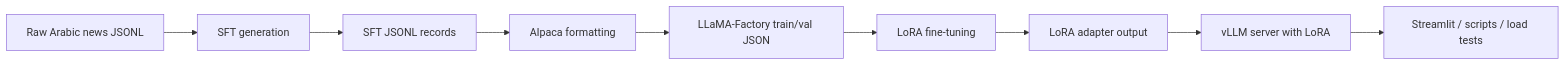
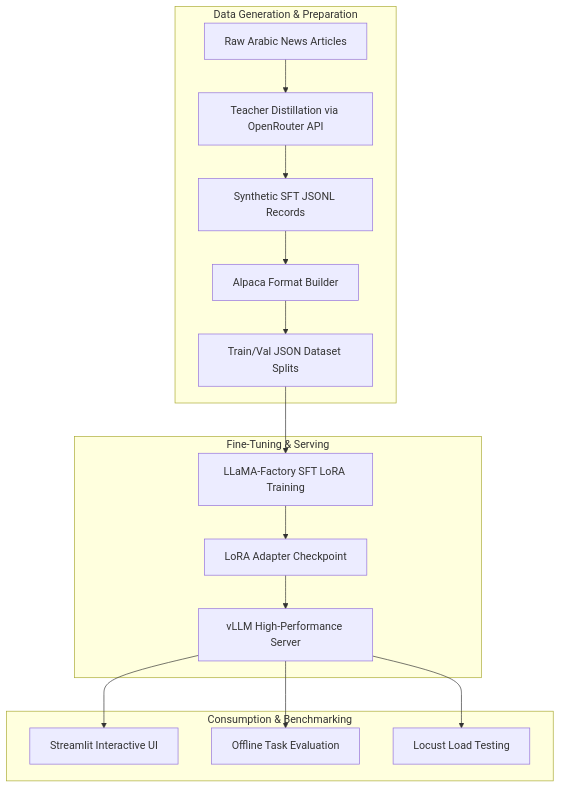
The diagram in README.md (gamal1osama/Ara-FineTune), drawn with Mermaid before and after one commit. The commit also changed other lines of this file, not shown here.

````diff
--- a/README.md
+++ b/README.md
@@ -57,11 +40,21 @@
 ```mermaid
-flowchart LR
-  A[Raw Arabic news JSONL] --> B[SFT generation]
-  B --> C[SFT JSONL records]
-  C --> D[Alpaca formatting]
-  D --> E[LLaMA-Factory train/val JSON]
-  E --> F[LoRA fine-tuning]
-  F --> G[LoRA adapter output]
-  G --> H[vLLM server with LoRA]
-  H --> I[Streamlit / scripts / load tests]
+flowchart TD
+    subgraph Data Generation & Preparation
+        A[Raw Arabic News Articles] --> B[Teacher Distillation via OpenRouter API]
+        B --> C[Synthetic SFT JSONL Records]
+        C --> D[Alpaca Format Builder]
+        D --> E[Train/Val JSON Dataset Splits]
+    end
+
+    subgraph Fine-Tuning & Serving
+        E --> F[LLaMA-Factory SFT LoRA Training]
+        F --> G[LoRA Adapter Checkpoint]
+        G --> H[vLLM High-Performance Server]
+    end
+
+    subgraph Consumption & Benchmarking
+        H --> I[Streamlit Interactive UI]
+        H --> J[Offline Task Evaluation]
+        H --> K[Locust Load Testing]
+    end
 ```
````
